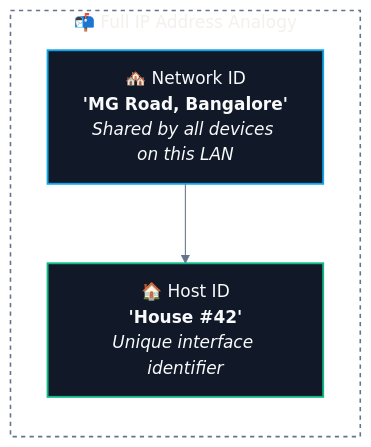
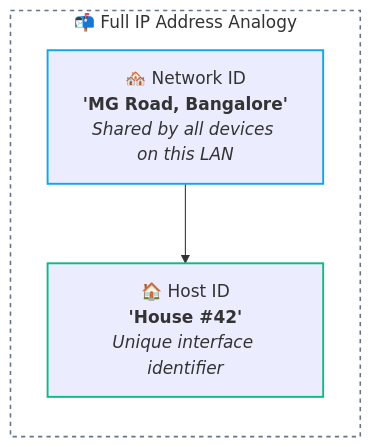
Before and after one commit to abhinavbharti2345/CS_Notes: the first of 2 diagrams in CS/Computer Networking/03. IP Addressing & Subnetting/02. Network ID and Host ID.md, drawn with Mermaid. The commit also changed other lines of this file and 91 other files, not shown here.

````diff
--- a/CS/Computer Networking/03. IP Addressing & Subnetting/02. Network ID and Host ID.md
+++ b/CS/Computer Networking/03. IP Addressing & Subnetting/02. Network ID and Host ID.md
@@ -27,17 +27,16 @@
 ```mermaid
-%%{init: {'theme': 'base', 'themeVariables': { 'darkMode': true, 'background': '#0B0F14', 'mainBkg': '#111827', 'primaryColor': '#111827', 'primaryTextColor': '#F8FAFC', 'primaryBorderColor': '#38BDF8', 'lineColor': '#64748B', 'secondaryColor': '#0B0F14', 'tertiaryColor': '#0B0F14', 'clusterBkg': '#0B0F14', 'clusterBorder': '#38BDF8' }}}%%
 flowchart TD
     subgraph FullAddress ["📬 Full IP Address Analogy"]
         direction TD
         Net["🏘️ Network ID<br/><b>'MG Road, Bangalore'</b><br/><i>Shared by all devices on this LAN</i>"]
         Host["🏠 Host ID<br/><b>'House #42'</b><br/><i>Unique interface identifier</i>"]
         Net --> Host
     end
 
     style FullAddress fill:none,stroke:#64748b,stroke-width:1.5px,stroke-dasharray:4 4
 
-    classDef net fill:#111827,stroke:#0ea5e9,stroke-width:1.8px,color:#F8FAFC;
-    classDef host fill:#111827,stroke:#10b981,stroke-width:1.8px,color:#F8FAFC;
+    classDef net stroke:#0ea5e9,stroke-width:1.8px;
+    classDef host stroke:#10b981,stroke-width:1.8px;
     class Net net;
     class Host host;
 ```
````
